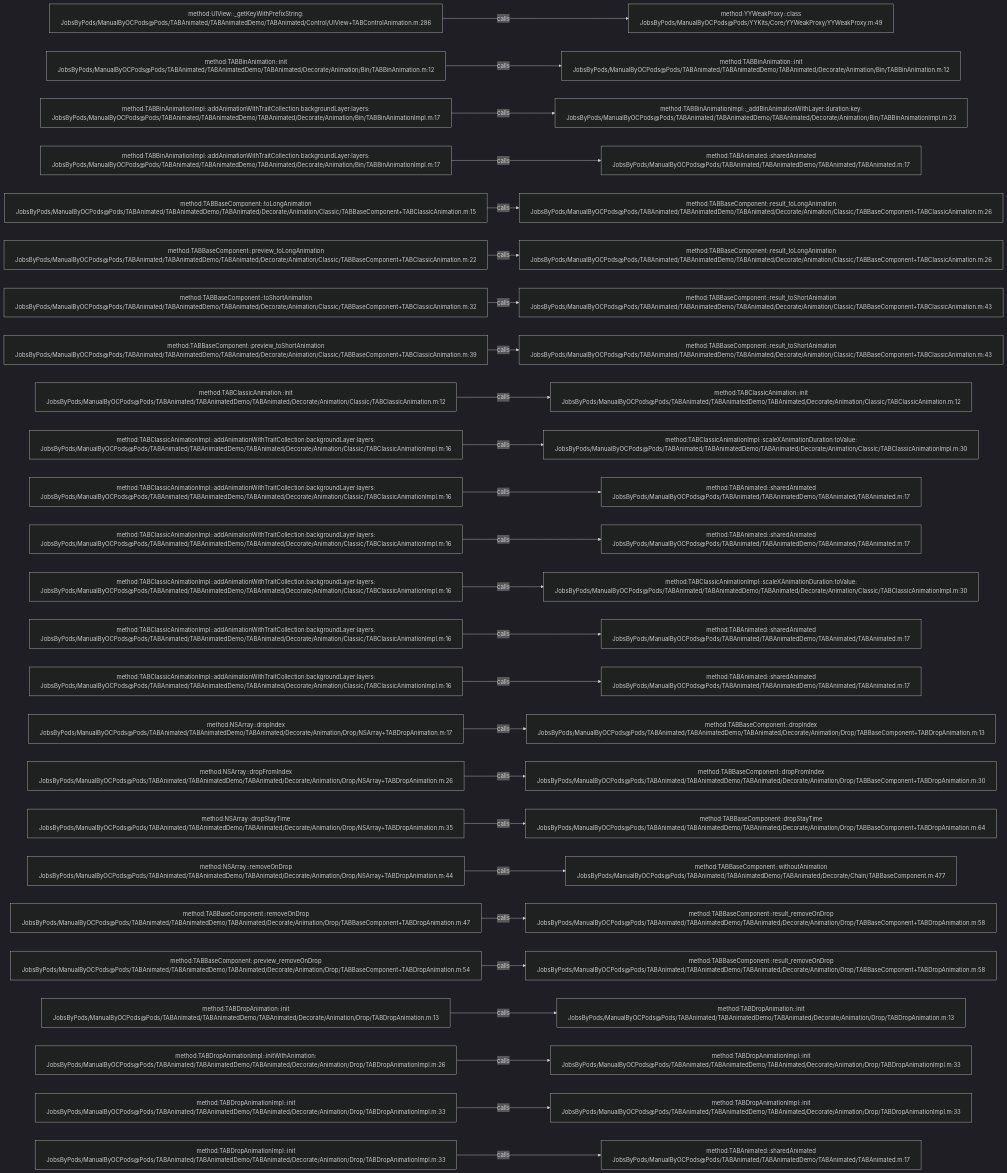
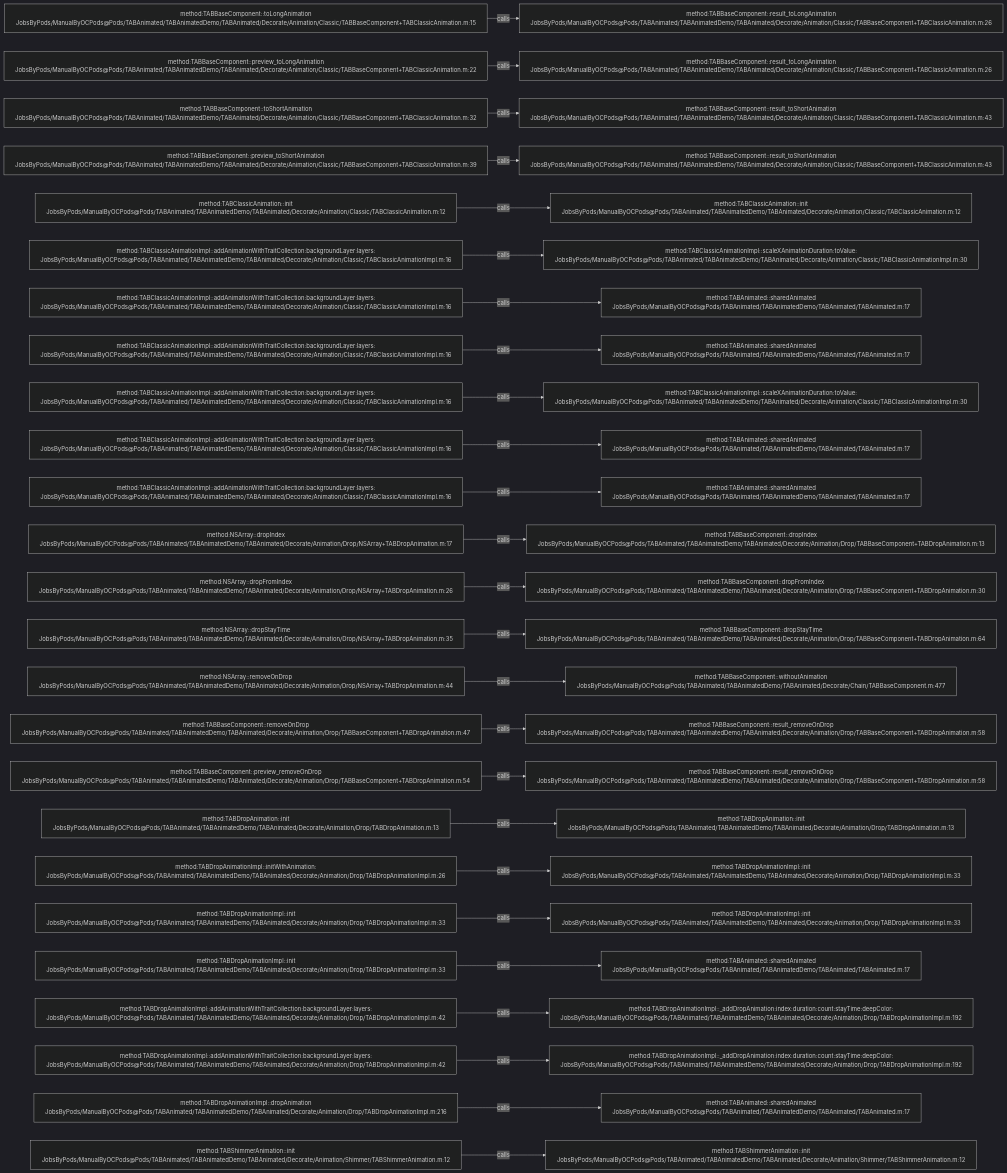
The diagram in .codegraph/codegraph.md/graphs/calls-026.md (JobsKits/JobsOCBaseConfigDemo), drawn with Mermaid (dark theme) before and after one commit. The commit also changed 727 other files, not shown here.

````diff
--- a/.codegraph/codegraph.md/graphs/calls-026.md
+++ b/.codegraph/codegraph.md/graphs/calls-026.md
@@ -13,78 +13,78 @@
 ```mermaid
 flowchart LR
-  S1["method:UIView::_getKeyWithPrefixString:<br/>JobsByPods/ManualByOCPods@Pods/TABAnimated/TABAnimatedDemo/TABAnimated/Control/UIView+TABControlAnimation.m:286"]
-  T1["method:YYWeakProxy::class<br/>JobsByPods/ManualByOCPods@Pods/YYKits/Core/YYWeakProxy/YYWeakProxy.m:49"]
+  S1["method:TABBaseComponent::toLongAnimation<br/>JobsByPods/ManualByOCPods@Pods/TABAnimated/TABAnimatedDemo/TABAnimated/Decorate/Animation/Classic/TABBaseComponent+TABClassicAnimation.m:15"]
+  T1["method:TABBaseComponent::result_toLongAnimation<br/>JobsByPods/ManualByOCPods@Pods/TABAnimated/TABAnimatedDemo/TABAnimated/Decorate/Animation/Classic/TABBaseComponent+TABClassicAnimation.m:26"]
   S1 -->|calls| T1
-  S2["method:TABBinAnimation::init<br/>JobsByPods/ManualByOCPods@Pods/TABAnimated/TABAnimatedDemo/TABAnimated/Decorate/Animation/Bin/TABBinAnimation.m:12"]
-  T2["method:TABBinAnimation::init<br/>JobsByPods/ManualByOCPods@Pods/TABAnimated/TABAnimatedDemo/TABAnimated/Decorate/Animation/Bin/TABBinAnimation.m:12"]
+  S2["method:TABBaseComponent::preview_toLongAnimation<br/>JobsByPods/ManualByOCPods@Pods/TABAnimated/TABAnimatedDemo/TABAnimated/Decorate/Animation/Classic/TABBaseComponent+TABClassicAnimation.m:22"]
+  T2["method:TABBaseComponent::result_toLongAnimation<br/>JobsByPods/ManualByOCPods@Pods/TABAnimated/TABAnimatedDemo/TABAnimated/Decorate/Animation/Classic/TABBaseComponent+TABClassicAnimation.m:26"]
   S2 -->|calls| T2
-  S3["method:TABBinAnimationImpl::addAnimationWithTraitCollection:backgroundLayer:layers:<br/>JobsByPods/ManualByOCPods@Pods/TABAnimated/TABAnimatedDemo/TABAnimated/Decorate/Animation/Bin/TABBinAnimationImpl.m:17"]
-  T3["method:TABBinAnimationImpl::_addBinAnimationWithLayer:duration:key:<br/>JobsByPods/ManualByOCPods@Pods/TABAnimated/TABAnimatedDemo/TABAnimated/Decorate/Animation/Bin/TABBinAnimationImpl.m:23"]
+  S3["method:TABBaseComponent::toShortAnimation<br/>JobsByPods/ManualByOCPods@Pods/TABAnimated/TABAnimatedDemo/TABAnimated/Decorate/Animation/Classic/TABBaseComponent+TABClassicAnimation.m:32"]
+  T3["method:TABBaseComponent::result_toShortAnimation<br/>JobsByPods/ManualByOCPods@Pods/TABAnimated/TABAnimatedDemo/TABAnimated/Decorate/Animation/Classic/TABBaseComponent+TABClassicAnimation.m:43"]
   S3 -->|calls| T3
-  S4["method:TABBinAnimationImpl::addAnimationWithTraitCollection:backgroundLayer:layers:<br/>JobsByPods/ManualByOCPods@Pods/TABAnimated/TABAnimatedDemo/TABAnimated/Decorate/Animation/Bin/TABBinAnimationImpl.m:17"]
-  T4["method:TABAnimated::sharedAnimated<br/>JobsByPods/ManualByOCPods@Pods/TABAnimated/TABAnimatedDemo/TABAnimated/TABAnimated.m:17"]
+  S4["method:TABBaseComponent::preview_toShortAnimation<br/>JobsByPods/ManualByOCPods@Pods/TABAnimated/TABAnimatedDemo/TABAnimated/Decorate/Animation/Classic/TABBaseComponent+TABClassicAnimation.m:39"]
+  T4["method:TABBaseComponent::result_toShortAnimation<br/>JobsByPods/ManualByOCPods@Pods/TABAnimated/TABAnimatedDemo/TABAnimated/Decorate/Animation/Classic/TABBaseComponent+TABClassicAnimation.m:43"]
   S4 -->|calls| T4
-  S5["method:TABBaseComponent::toLongAnimation<br/>JobsByPods/ManualByOCPods@Pods/TABAnimated/TABAnimatedDemo/TABAnimated/Decorate/Animation/Classic/TABBaseComponent+TABClassicAnimation.m:15"]
-  T5["method:TABBaseComponent::result_toLongAnimation<br/>JobsByPods/ManualByOCPods@Pods/TABAnimated/TABAnimatedDemo/TABAnimated/Decorate/Animation/Classic/TABBaseComponent+TABClassicAnimation.m:26"]
+  S5["method:TABClassicAnimation::init<br/>JobsByPods/ManualByOCPods@Pods/TABAnimated/TABAnimatedDemo/TABAnimated/Decorate/Animation/Classic/TABClassicAnimation.m:12"]
+  T5["method:TABClassicAnimation::init<br/>JobsByPods/ManualByOCPods@Pods/TABAnimated/TABAnimatedDemo/TABAnimated/Decorate/Animation/Classic/TABClassicAnimation.m:12"]
   S5 -->|calls| T5
-  S6["method:TABBaseComponent::preview_toLongAnimation<br/>JobsByPods/ManualByOCPods@Pods/TABAnimated/TABAnimatedDemo/TABAnimated/Decorate/Animation/Classic/TABBaseComponent+TABClassicAnimation.m:22"]
-  T6["method:TABBaseComponent::result_toLongAnimation<br/>JobsByPods/ManualByOCPods@Pods/TABAnimated/TABAnimatedDemo/TABAnimated/Decorate/Animation/Classic/TABBaseComponent+TABClassicAnimation.m:26"]
+  S6["method:TABClassicAnimationImpl::addAnimationWithTraitCollection:backgroundLayer:layers:<br/>JobsByPods/ManualByOCPods@Pods/TABAnimated/TABAnimatedDemo/TABAnimated/Decorate/Animation/Classic/TABClassicAnimationImpl.m:16"]
+  T6["method:TABClassicAnimationImpl::scaleXAnimationDuration:toValue:<br/>JobsByPods/ManualByOCPods@Pods/TABAnimated/TABAnimatedDemo/TABAnimated/Decorate/Animation/Classic/TABClassicAnimationImpl.m:30"]
   S6 -->|calls| T6
-  S7["method:TABBaseComponent::toShortAnimation<br/>JobsByPods/ManualByOCPods@Pods/TABAnimated/TABAnimatedDemo/TABAnimated/Decorate/Animation/Classic/TABBaseComponent+TABClassicAnimation.m:32"]
-  T7["method:TABBaseComponent::result_toShortAnimation<br/>JobsByPods/ManualByOCPods@Pods/TABAnimated/TABAnimatedDemo/TABAnimated/Decorate/Animation/Classic/TABBaseComponent+TABClassicAnimation.m:43"]
+  S7["method:TABClassicAnimationImpl::addAnimationWithTraitCollection:backgroundLayer:layers:<br/>JobsByPods/ManualByOCPods@Pods/TABAnimated/TABAnimatedDemo/TABAnimated/Decorate/Animation/Classic/TABClassicAnimationImpl.m:16"]
+  T7["method:TABAnimated::sharedAnimated<br/>JobsByPods/ManualByOCPods@Pods/TABAnimated/TABAnimatedDemo/TABAnimated/TABAnimated.m:17"]
   S7 -->|calls| T7
-  S8["method:TABBaseComponent::preview_toShortAnimation<br/>JobsByPods/ManualByOCPods@Pods/TABAnimated/TABAnimatedDemo/TABAnimated/Decorate/Animation/Classic/TABBaseComponent+TABClassicAnimation.m:39"]
-  T8["method:TABBaseComponent::result_toShortAnimation<br/>JobsByPods/ManualByOCPods@Pods/TABAnimated/TABAnimatedDemo/TABAnimated/Decorate/Animation/Classic/TABBaseComponent+TABClassicAnimation.m:43"]
+  S8["method:TABClassicAnimationImpl::addAnimationWithTraitCollection:backgroundLayer:layers:<br/>JobsByPods/ManualByOCPods@Pods/TABAnimated/TABAnimatedDemo/TABAnimated/Decorate/Animation/Classic/TABClassicAnimationImpl.m:16"]
+  T8["method:TABAnimated::sharedAnimated<br/>JobsByPods/ManualByOCPods@Pods/TABAnimated/TABAnimatedDemo/TABAnimated/TABAnimated.m:17"]
   S8 -->|calls| T8
-  S9["method:TABClassicAnimation::init<br/>JobsByPods/ManualByOCPods@Pods/TABAnimated/TABAnimatedDemo/TABAnimated/Decorate/Animation/Classic/TABClassicAnimation.m:12"]
-  T9["method:TABClassicAnimation::init<br/>JobsByPods/ManualByOCPods@Pods/TABAnimated/TABAnimatedDemo/TABAnimated/Decorate/Animation/Classic/TABClassicAnimation.m:12"]
+  S9["method:TABClassicAnimationImpl::addAnimationWithTraitCollection:backgroundLayer:layers:<br/>JobsByPods/ManualByOCPods@Pods/TABAnimated/TABAnimatedDemo/TABAnimated/Decorate/Animation/Classic/TABClassicAnimationImpl.m:16"]
+  T9["method:TABClassicAnimationImpl::scaleXAnimationDuration:toValue:<br/>JobsByPods/ManualByOCPods@Pods/TABAnimated/TABAnimatedDemo/TABAnimated/Decorate/Animation/Classic/TABClassicAnimationImpl.m:30"]
   S9 -->|calls| T9
   S10["method:TABClassicAnimationImpl::addAnimationWithTraitCollection:backgroundLayer:layers:<br/>JobsByPods/ManualByOCPods@Pods/TABAnimated/TABAnimatedDemo/TABAnimated/Decorate/Animation/Classic/TABClassicAnimationImpl.m:16"]
-  T10["method:TABClassicAnimationImpl::scaleXAnimationDuration:toValue:<br/>JobsByPods/ManualByOCPods@Pods/TABAnimated/TABAnimatedDemo/TABAnimated/Decorate/Animation/Classic/TABClassicAnimationImpl.m:30"]
+  T10["method:TABAnimated::sharedAnimated<br/>JobsByPods/ManualByOCPods@Pods/TABAnimated/TABAnimatedDemo/TABAnimated/TABAnimated.m:17"]
   S10 -->|calls| T10
   S11["method:TABClassicAnimationImpl::addAnimationWithTraitCollection:backgroundLayer:layers:<br/>JobsByPods/ManualByOCPods@Pods/TABAnimated/TABAnimatedDemo/TABAnimated/Decorate/Animation/Classic/TABClassicAnimationImpl.m:16"]
   T11["method:TABAnimated::sharedAnimated<br/>JobsByPods/ManualByOCPods@Pods/TABAnimated/TABAnimatedDemo/TABAnimated/TABAnimated.m:17"]
   S11 -->|calls| T11
-  S12["method:TABClassicAnimationImpl::addAnimationWithTraitCollection:backgroundLayer:layers:<br/>JobsByPods/ManualByOCPods@Pods/TABAnimated/TABAnimatedDemo/TABAnimated/Decorate/Animation/Classic/TABClassicAnimationImpl.m:16"]
-  T12["method:TABAnimated::sharedAnimated<br/>JobsByPods/ManualByOCPods@Pods/TABAnimated/TABAnimatedDemo/TABAnimated/TABAnimated.m:17"]
+  S12["method:NSArray::dropIndex<br/>JobsByPods/ManualByOCPods@Pods/TABAnimated/TABAnimatedDemo/TABAnimated/Decorate/Animation/Drop/NSArray+TABDropAnimation.m:17"]
+  T12["method:TABBaseComponent::dropIndex<br/>JobsByPods/ManualByOCPods@Pods/TABAnimated/TABAnimatedDemo/TABAnimated/Decorate/Animation/Drop/TABBaseComponent+TABDropAnimation.m:13"]
   S12 -->|calls| T12
-  S13["method:TABClassicAnimationImpl::addAnimationWithTraitCollection:backgroundLayer:layers:<br/>JobsByPods/ManualByOCPods@Pods/TABAnimated/TABAnimatedDemo/TABAnimated/Decorate/Animation/Classic/TABClassicAnimationImpl.m:16"]
-  T13["method:TABClassicAnimationImpl::scaleXAnimationDuration:toValue:<br/>JobsByPods/ManualByOCPods@Pods/TABAnimated/TABAnimatedDemo/TABAnimated/Decorate/Animation/Classic/TABClassicAnimationImpl.m:30"]
+  S13["method:NSArray::dropFromIndex<br/>JobsByPods/ManualByOCPods@Pods/TABAnimated/TABAnimatedDemo/TABAnimated/Decorate/Animation/Drop/NSArray+TABDropAnimation.m:26"]
+  T13["method:TABBaseComponent::dropFromIndex<br/>JobsByPods/ManualByOCPods@Pods/TABAnimated/TABAnimatedDemo/TABAnimated/Decorate/Animation/Drop/TABBaseComponent+TABDropAnimation.m:30"]
   S13 -->|calls| T13
-  S14["method:TABClassicAnimationImpl::addAnimationWithTraitCollection:backgroundLayer:layers:<br/>JobsByPods/ManualByOCPods@Pods/TABAnimated/TABAnimatedDemo/TABAnimated/Decorate/Animation/Classic/TABClassicAnimationImpl.m:16"]
-  T14["method:TABAnimated::sharedAnimated<br/>JobsByPods/ManualByOCPods@Pods/TABAnimated/TABAnimatedDemo/TABAnimated/TABAnimated.m:17"]
+  S14["method:NSArray::dropStayTime<br/>JobsByPods/ManualByOCPods@Pods/TABAnimated/TABAnimatedDemo/TABAnimated/Decorate/Animation/Drop/NSArray+TABDropAnimation.m:35"]
+  T14["method:TABBaseComponent::dropStayTime<br/>JobsByPods/ManualByOCPods@Pods/TABAnimated/TABAnimatedDemo/TABAnimated/Decorate/Animation/Drop/TABBaseComponent+TABDropAnimation.m:64"]
   S14 -->|calls| T14
-  S15["method:TABClassicAnimationImpl::addAnimationWithTraitCollection:backgroundLayer:layers:<br/>JobsByPods/ManualByOCPods@Pods/TABAnimated/TABAnimatedDemo/TABAnimated/Decorate/Animation/Classic/TABClassicAnimationImpl.m:16"]
-  T15["method:TABAnimated::sharedAnimated<br/>JobsByPods/ManualByOCPods@Pods/TABAnimated/TABAnimatedDemo/TABAnimated/TABAnimated.m:17"]
+  S15["method:NSArray::removeOnDrop<br/>JobsByPods/ManualByOCPods@Pods/TABAnimated/TABAnimatedDemo/TABAnimated/Decorate/Animation/Drop/NSArray+TABDropAnimation.m:44"]
+  T15["method:TABBaseComponent::withoutAnimation<br/>JobsByPods/ManualByOCPods@Pods/TABAnimated/TABAnimatedDemo/TABAnimated/Decorate/Chain/TABBaseComponent.m:477"]
   S15 -->|calls| T15
-  S16["method:NSArray::dropIndex<br/>JobsByPods/ManualByOCPods@Pods/TABAnimated/TABAnimatedDemo/TABAnimated/Decorate/Animation/Drop/NSArray+TABDropAnimation.m:17"]
-  T16["method:TABBaseComponent::dropIndex<br/>JobsByPods/ManualByOCPods@Pods/TABAnimated/TABAnimatedDemo/TABAnimated/Decorate/Animation/Drop/TABBaseComponent+TABDropAnimation.m:13"]
+  S16["method:TABBaseComponent::removeOnDrop<br/>JobsByPods/ManualByOCPods@Pods/TABAnimated/TABAnimatedDemo/TABAnimated/Decorate/Animation/Drop/TABBaseComponent+TABDropAnimation.m:47"]
+  T16["method:TABBaseComponent::result_removeOnDrop<br/>JobsByPods/ManualByOCPods@Pods/TABAnimated/TABAnimatedDemo/TABAnimated/Decorate/Animation/Drop/TABBaseComponent+TABDropAnimation.m:58"]
   S16 -->|calls| T16
-  S17["method:NSArray::dropFromIndex<br/>JobsByPods/ManualByOCPods@Pods/TABAnimated/TABAnimatedDemo/TABAnimated/Decorate/Animation/Drop/NSArray+TABDropAnimation.m:26"]
-  T17["method:TABBaseComponent::dropFromIndex<br/>JobsByPods/ManualByOCPods@Pods/TABAnimated/TABAnimatedDemo/TABAnimated/Decorate/Animation/Drop/TABBaseComponent+TABDropAnimation.m:30"]
+  S17["method:TABBaseComponent::preview_removeOnDrop<br/>JobsByPods/ManualByOCPods@Pods/TABAnimated/TABAnimatedDemo/TABAnimated/Decorate/Animation/Drop/TABBaseComponent+TABDropAnimation.m:54"]
+  T17["method:TABBaseComponent::result_removeOnDrop<br/>JobsByPods/ManualByOCPods@Pods/TABAnimated/TABAnimatedDemo/TABAnimated/Decorate/Animation/Drop/TABBaseComponent+TABDropAnimation.m:58"]
   S17 -->|calls| T17
-  S18["method:NSArray::dropStayTime<br/>JobsByPods/ManualByOCPods@Pods/TABAnimated/TABAnimatedDemo/TABAnimated/Decorate/Animation/Drop/NSArray+TABDropAnimation.m:35"]
-  T18["method:TABBaseComponent::dropStayTime<br/>JobsByPods/ManualByOCPods@Pods/TABAnimated/TABAnimatedDemo/TABAnimated/Decorate/Animation/Drop/TABBaseComponent+TABDropAnimation.m:64"]
+  S18["method:TABDropAnimation::init<br/>JobsByPods/ManualByOCPods@Pods/TABAnimated/TABAnimatedDemo/TABAnimated/Decorate/Animation/Drop/TABDropAnimation.m:13"]
+  T18["method:TABDropAnimation::init<br/>JobsByPods/ManualByOCPods@Pods/TABAnimated/TABAnimatedDemo/TABAnimated/Decorate/Animation/Drop/TABDropAnimation.m:13"]
   S18 -->|calls| T18
-  S19["method:NSArray::removeOnDrop<br/>JobsByPods/ManualByOCPods@Pods/TABAnimated/TABAnimatedDemo/TABAnimated/Decorate/Animation/Drop/NSArray+TABDropAnimation.m:44"]
-  T19["method:TABBaseComponent::withoutAnimation<br/>JobsByPods/ManualByOCPods@Pods/TABAnimated/TABAnimatedDemo/TABAnimated/Decorate/Chain/TABBaseComponent.m:477"]
+  S19["method:TABDropAnimationImpl::initWithAnimation:<br/>JobsByPods/ManualByOCPods@Pods/TABAnimated/TABAnimatedDemo/TABAnimated/Decorate/Animation/Drop/TABDropAnimationImpl.m:26"]
+  T19["method:TABDropAnimationImpl::init<br/>JobsByPods/ManualByOCPods@Pods/TABAnimated/TABAnimatedDemo/TABAnimated/Decorate/Animation/Drop/TABDropAnimationImpl.m:33"]
   S19 -->|calls| T19
-  S20["method:TABBaseComponent::removeOnDrop<br/>JobsByPods/ManualByOCPods@Pods/TABAnimated/TABAnimatedDemo/TABAnimated/Decorate/Animation/Drop/TABBaseComponent+TABDropAnimation.m:47"]
-  T20["method:TABBaseComponent::result_removeOnDrop<br/>JobsByPods/ManualByOCPods@Pods/TABAnimated/TABAnimatedDemo/TABAnimated/Decorate/Animation/Drop/TABBaseComponent+TABDropAnimation.m:58"]
+  S20["method:TABDropAnimationImpl::init<br/>JobsByPods/ManualByOCPods@Pods/TABAnimated/TABAnimatedDemo/TABAnimated/Decorate/Animation/Drop/TABDropAnimationImpl.m:33"]
+  T20["method:TABDropAnimationImpl::init<br/>JobsByPods/ManualByOCPods@Pods/TABAnimated/TABAnimatedDemo/TABAnimated/Decorate/Animation/Drop/TABDropAnimationImpl.m:33"]
   S20 -->|calls| T20
-  S21["method:TABBaseComponent::preview_removeOnDrop<br/>JobsByPods/ManualByOCPods@Pods/TABAnimated/TABAnimatedDemo/TABAnimated/Decorate/Animation/Drop/TABBaseComponent+TABDropAnimation.m:54"]
-  T21["method:TABBaseComponent::result_removeOnDrop<br/>JobsByPods/ManualByOCPods@Pods/TABAnimated/TABAnimatedDemo/TABAnimated/Decorate/Animation/Drop/TABBaseComponent+TABDropAnimation.m:58"]
+  S21["method:TABDropAnimationImpl::init<br/>JobsByPods/ManualByOCPods@Pods/TABAnimated/TABAnimatedDemo/TABAnimated/Decorate/Animation/Drop/TABDropAnimationImpl.m:33"]
+  T21["method:TABAnimated::sharedAnimated<br/>JobsByPods/ManualByOCPods@Pods/TABAnimated/TABAnimatedDemo/TABAnimated/TABAnimated.m:17"]
   S21 -->|calls| T21
-  S22["method:TABDropAnimation::init<br/>JobsByPods/ManualByOCPods@Pods/TABAnimated/TABAnimatedDemo/TABAnimated/Decorate/Animation/Drop/TABDropAnimation.m:13"]
-  T22["method:TABDropAnimation::init<br/>JobsByPods/ManualByOCPods@Pods/TABAnimated/TABAnimatedDemo/TABAnimated/Decorate/Animation/Drop/TABDropAnimation.m:13"]
+  S22["method:TABDropAnimationImpl::addAnimationWithTraitCollection:backgroundLayer:layers:<br/>JobsByPods/ManualByOCPods@Pods/TABAnimated/TABAnimatedDemo/TABAnimated/Decorate/Animation/Drop/TABDropAnimationImpl.m:42"]
+  T22["method:TABDropAnimationImpl::_addDropAnimation:index:duration:count:stayTime:deepColor:<br/>JobsByPods/ManualByOCPods@Pods/TABAnimated/TABAnimatedDemo/TABAnimated/Decorate/Animation/Drop/TABDropAnimationImpl.m:192"]
   S22 -->|calls| T22
-  S23["method:TABDropAnimationImpl::initWithAnimation:<br/>JobsByPods/ManualByOCPods@Pods/TABAnimated/TABAnimatedDemo/TABAnimated/Decorate/Animation/Drop/TABDropAnimationImpl.m:26"]
-  T23["method:TABDropAnimationImpl::init<br/>JobsByPods/ManualByOCPods@Pods/TABAnimated/TABAnimatedDemo/TABAnimated/Decorate/Animation/Drop/TABDropAnimationImpl.m:33"]
+  S23["method:TABDropAnimationImpl::addAnimationWithTraitCollection:backgroundLayer:layers:<br/>JobsByPods/ManualByOCPods@Pods/TABAnimated/TABAnimatedDemo/TABAnimated/Decorate/Animation/Drop/TABDropAnimationImpl.m:42"]
+  T23["method:TABDropAnimationImpl::_addDropAnimation:index:duration:count:stayTime:deepColor:<br/>JobsByPods/ManualByOCPods@Pods/TABAnimated/TABAnimatedDemo/TABAnimated/Decorate/Animation/Drop/TABDropAnimationImpl.m:192"]
   S23 -->|calls| T23
-  S24["method:TABDropAnimationImpl::init<br/>JobsByPods/ManualByOCPods@Pods/TABAnimated/TABAnimatedDemo/TABAnimated/Decorate/Animation/Drop/TABDropAnimationImpl.m:33"]
-  T24["method:TABDropAnimationImpl::init<br/>JobsByPods/ManualByOCPods@Pods/TABAnimated/TABAnimatedDemo/TABAnimated/Decorate/Animation/Drop/TABDropAnimationImpl.m:33"]
+  S24["method:TABDropAnimationImpl::dropAnimation<br/>JobsByPods/ManualByOCPods@Pods/TABAnimated/TABAnimatedDemo/TABAnimated/Decorate/Animation/Drop/TABDropAnimationImpl.m:216"]
+  T24["method:TABAnimated::sharedAnimated<br/>JobsByPods/ManualByOCPods@Pods/TABAnimated/TABAnimatedDemo/TABAnimated/TABAnimated.m:17"]
   S24 -->|calls| T24
-  S25["method:TABDropAnimationImpl::init<br/>JobsByPods/ManualByOCPods@Pods/TABAnimated/TABAnimatedDemo/TABAnimated/Decorate/Animation/Drop/TABDropAnimationImpl.m:33"]
-  T25["method:TABAnimated::sharedAnimated<br/>JobsByPods/ManualByOCPods@Pods/TABAnimated/TABAnimatedDemo/TABAnimated/TABAnimated.m:17"]
+  S25["method:TABShimmerAnimation::init<br/>JobsByPods/ManualByOCPods@Pods/TABAnimated/TABAnimatedDemo/TABAnimated/Decorate/Animation/Shimmer/TABShimmerAnimation.m:12"]
+  T25["method:TABShimmerAnimation::init<br/>JobsByPods/ManualByOCPods@Pods/TABAnimated/TABAnimatedDemo/TABAnimated/Decorate/Animation/Shimmer/TABShimmerAnimation.m:12"]
   S25 -->|calls| T25
 ```
````
